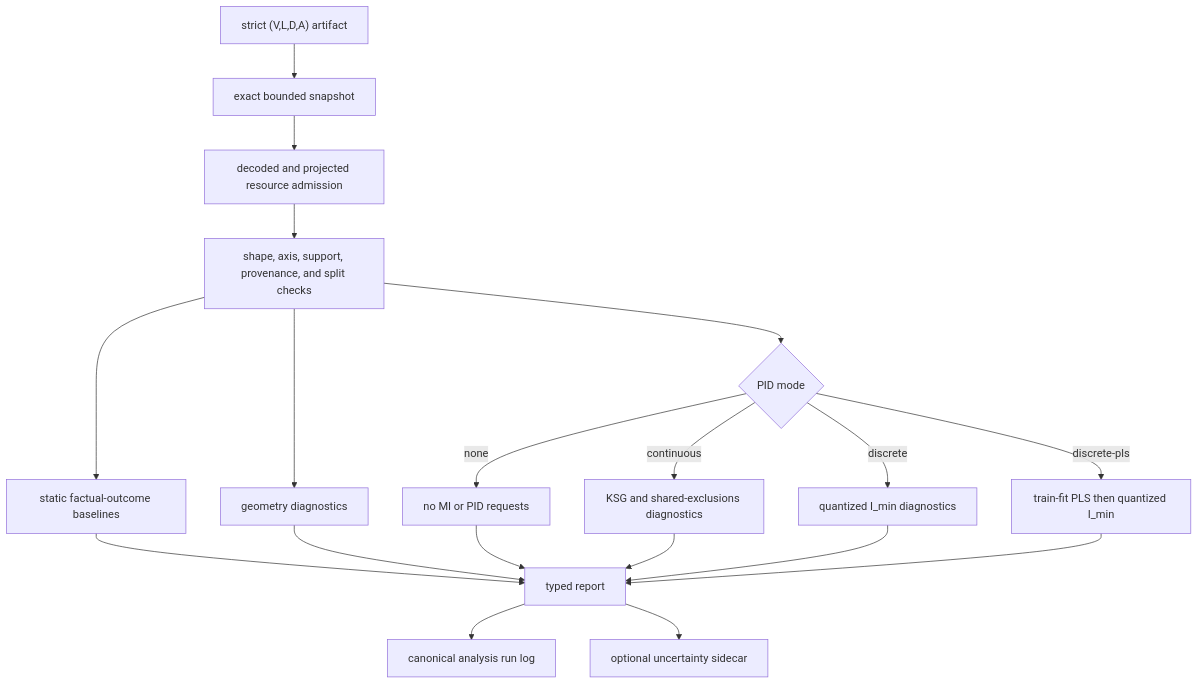
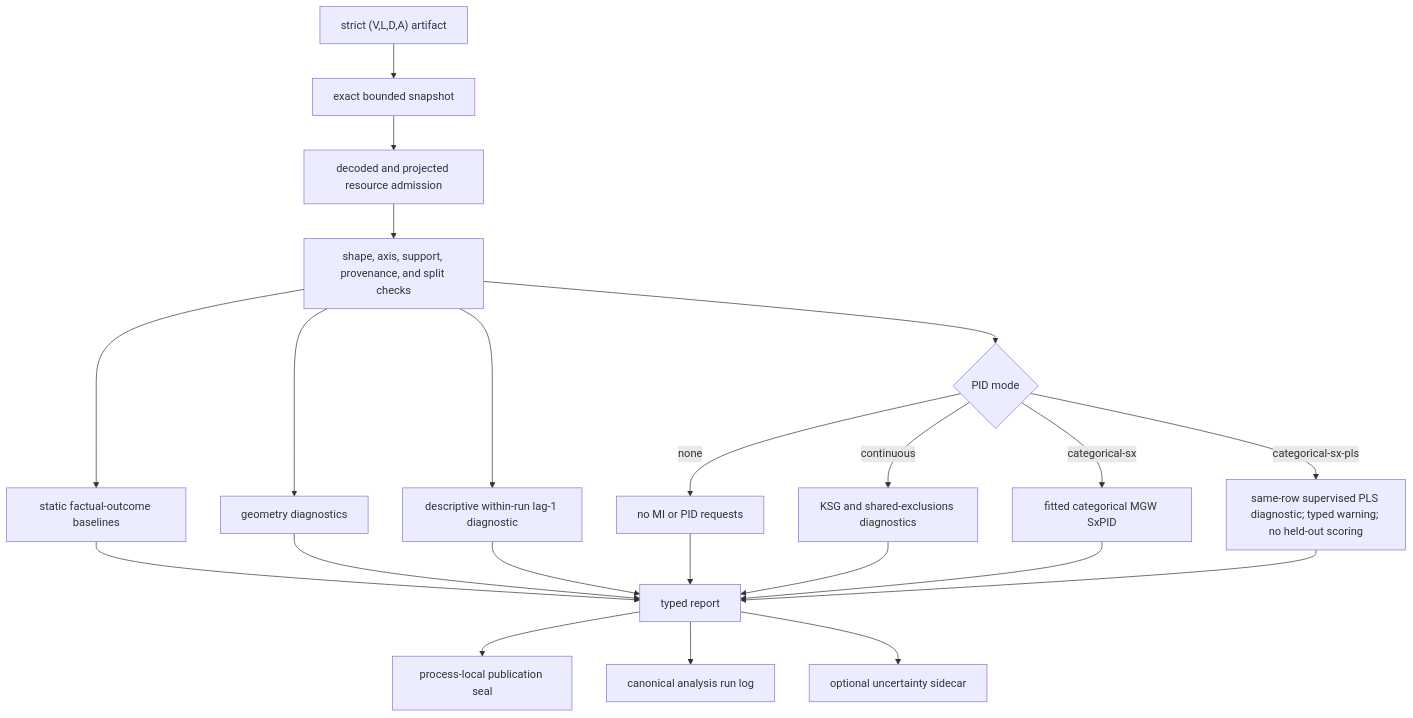
Before and after one commit to sepahead/prisoma: the fourth of 11 diagrams in DIAGRAMS.md, drawn with Mermaid. The commit also changed other lines of this file and 63 other files, not shown here.

````diff
--- a/DIAGRAMS.md
+++ b/DIAGRAMS.md
@@ -81,24 +90,27 @@
 ```mermaid
 flowchart TD
     Artifact["strict (V,L,D,A) artifact"] --> Snapshot["exact bounded snapshot"]
     Snapshot --> Admission["decoded and projected resource admission"]
     Admission --> Contract["shape, axis, support, provenance, and split checks"]
 
     Contract --> Static["static factual-outcome baselines"]
     Contract --> Geometry["geometry diagnostics"]
+    Contract --> Temporal["descriptive within-run lag-1 diagnostic"]
     Contract --> PIDMode{"PID mode"}
 
     PIDMode -->|none| NoPid["no MI or PID requests"]
     PIDMode -->|continuous| Continuous["KSG and shared-exclusions diagnostics"]
-    PIDMode -->|discrete| Discrete["quantized I_min diagnostics"]
-    PIDMode -->|discrete-pls| Pls["train-fit PLS then quantized I_min"]
+    PIDMode -->|categorical-sx| Categorical["fitted categorical MGW SxPID"]
+    PIDMode -->|categorical-sx-pls| Pls["same-row supervised PLS diagnostic; typed warning; no held-out scoring"]
 
     Static --> Report["typed report"]
     Geometry --> Report
+    Temporal --> Report
     NoPid --> Report
     Continuous --> Report
-    Discrete --> Report
+    Categorical --> Report
     Pls --> Report
+    Report --> Seal["process-local publication seal"]
     Report --> AnalysisLog["canonical analysis run log"]
     Report --> Sidecar["optional uncertainty sidecar"]
 ```
````
